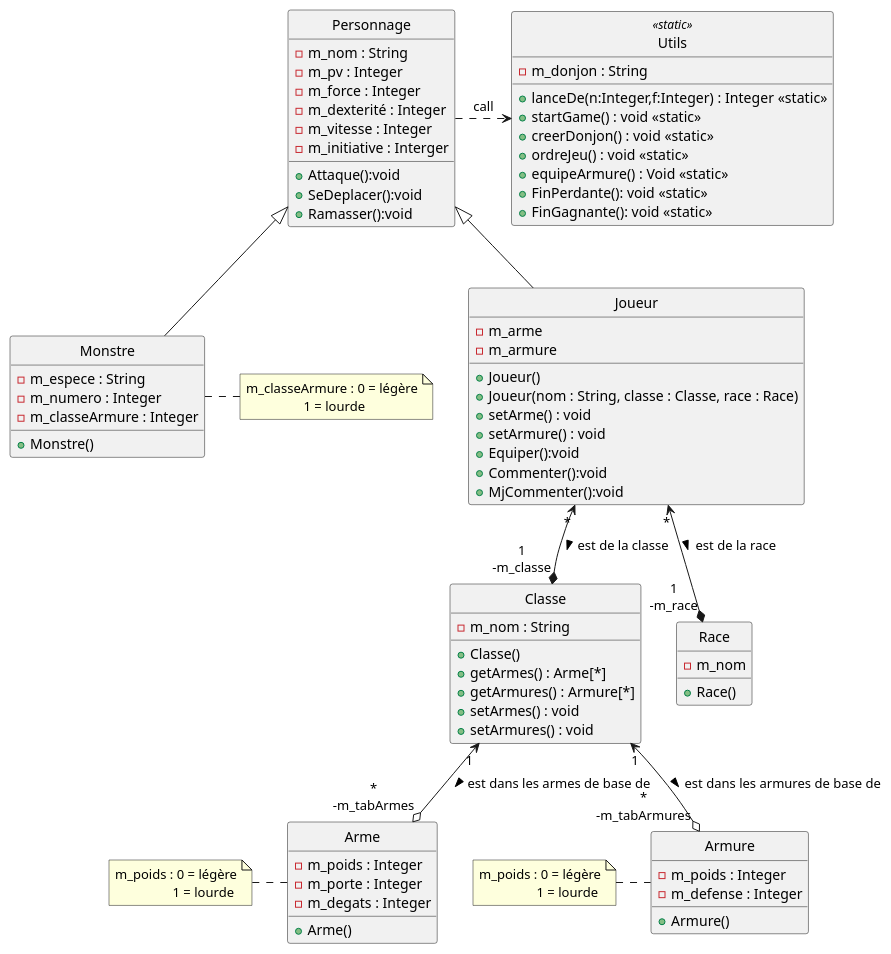
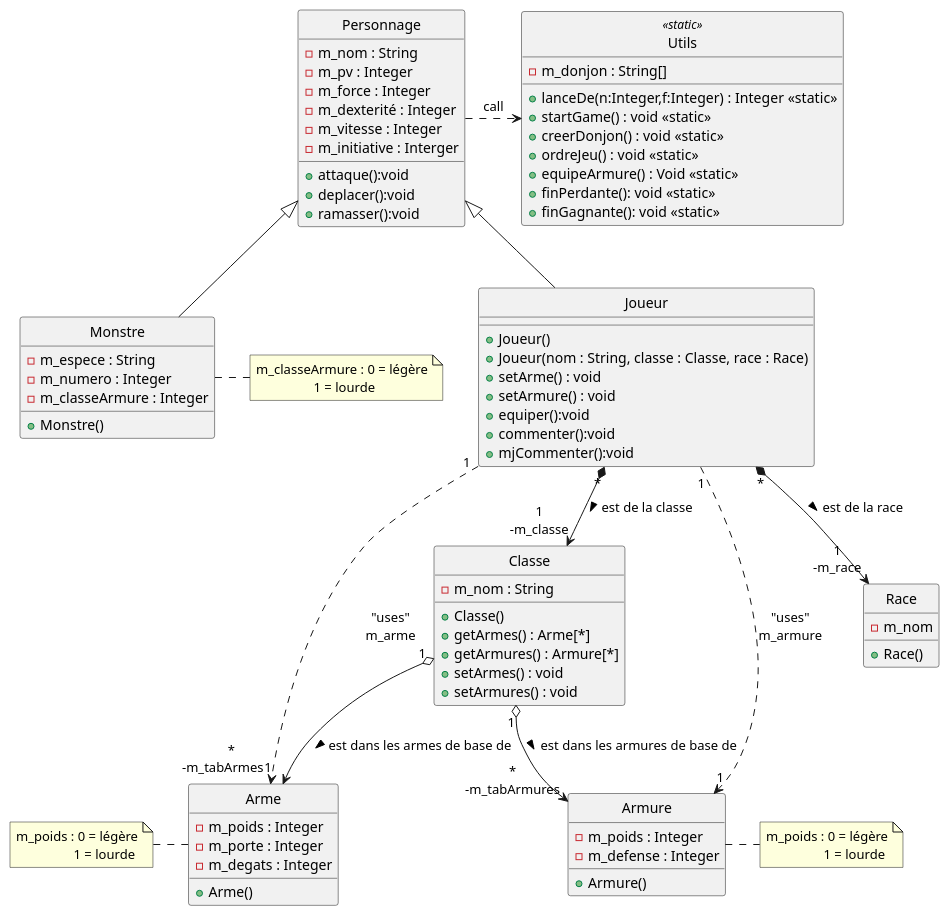
The diagram in uml/semaine1.puml (AbdullahPro2/DOOnjon-Dragon), drawn with PlantUML before and after one commit. The commit also changed 4 other files, not shown here.

Commit message:
correction UML + lanceDe

```diff
--- a/uml/semaine1.puml
+++ b/uml/semaine1.puml
@@ -1,98 +1,97 @@
 @startuml
 'https://plantuml.com/class-diagram
 skinparam style strictuml
 
 class Arme{
     +Arme()
     -m_poids : Integer
     -m_porte : Integer
     -m_degats : Integer
 }
 
 note left of Arme
 m_poids : 0 = légère
                  1 = lourde
 end note
 
 class Armure{
     +Armure()
     -m_poids : Integer
     -m_defense : Integer
 }
 
-note left of Armure
+note right of Armure
 m_poids : 0 = légère
                  1 = lourde
 end note
 
 class Personnage{
     -m_nom : String
     -m_pv : Integer
     -m_force : Integer
     -m_dexterité : Integer
     -m_vitesse : Integer
     -m_initiative : Interger
-    +Attaque():void
-    +SeDeplacer():void
-    +Ramasser():void
+    +attaque():void
+    +deplacer():void
+    +ramasser():void
 }
 
 class Joueur{
     +Joueur()
     +Joueur(nom : String, classe : Classe, race : Race)
-    -m_arme
-    -m_armure
     +setArme() : void
     +setArmure() : void
-    +Equiper():void
-    +Commenter():void
-    +MjCommenter():void
+    +equiper():void
+    +commenter():void
+    +mjCommenter():void
 }
 
 class Monstre {
     +Monstre()
     -m_espece : String
     -m_numero : Integer
     -m_classeArmure : Integer
 }
 
 note left of Monstre
 m_classeArmure : 0 = légère
                  1 = lourde
 end note
 
 class Classe {
     +Classe()
     -m_nom : String
     +getArmes() : Arme[*]
     +getArmures() : Armure[*]
     +setArmes() : void
     +setArmures() : void
 }
 
 class Race{
     +Race()
     -m_nom
 }
 
 class Utils <<static>>{
-    -m_donjon : String
+    -m_donjon : String[]
     +lanceDe(n:Integer,f:Integer) : Integer <<static>>
     +startGame() : void <<static>>
     +creerDonjon() : void <<static>>
     +ordreJeu() : void <<static>>
     +equipeArmure() : Void <<static>>
-    +FinPerdante(): void <<static>>
-    +FinGagnante(): void <<static>>
+    +finPerdante(): void <<static>>
+    +finGagnante(): void <<static>>
 }
 
 Personnage <|-- Joueur
 Personnage <|-- Monstre
-Joueur "*" <--* "1\n-m_classe" Classe :  est de la classe >
-Classe "1" <--o "*\n-m_tabArmes" Arme :  est dans les armes de base de >
-Classe "1" <--o "*\n-m_tabArmures" Armure :  est dans les armures de base de >
+Joueur "*" *--> "1\n-m_classe" Classe :  est de la classe >
+Classe "1" o--> "*\n-m_tabArmes     " Arme :  est dans les armes de base de >
+Classe "1" o--> "*\n-m_tabArmures" Armure :  est dans les armures de base de >
 Personnage .> Utils : "«call»"
-Joueur "*" <--* "1\n-m_race" Race :  est de la race >
-
+Joueur "*" *--> "1\n-m_race" Race :  est de la race >
+Joueur "1" .> "1" Arme : "uses"\nm_arme
+Joueur "1" .> "1" Armure : "uses"\nm_armure
 
 @enduml
```
